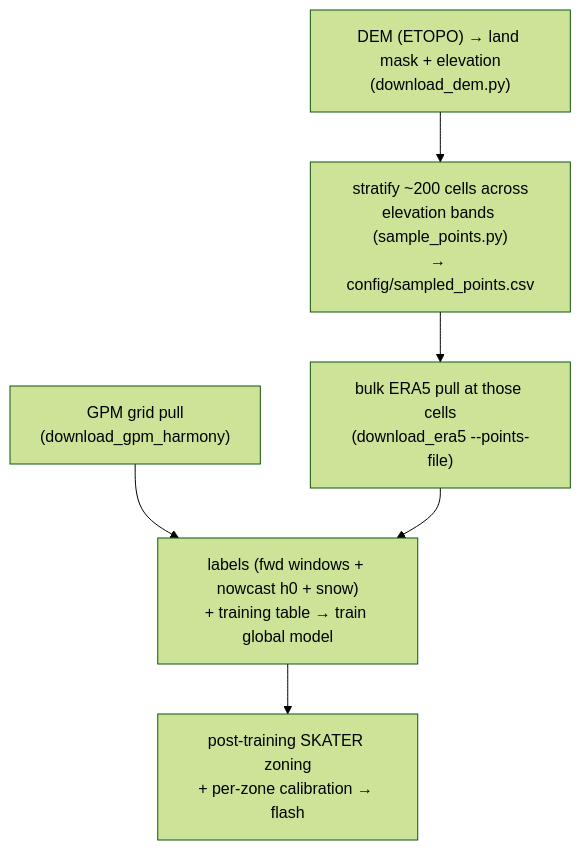
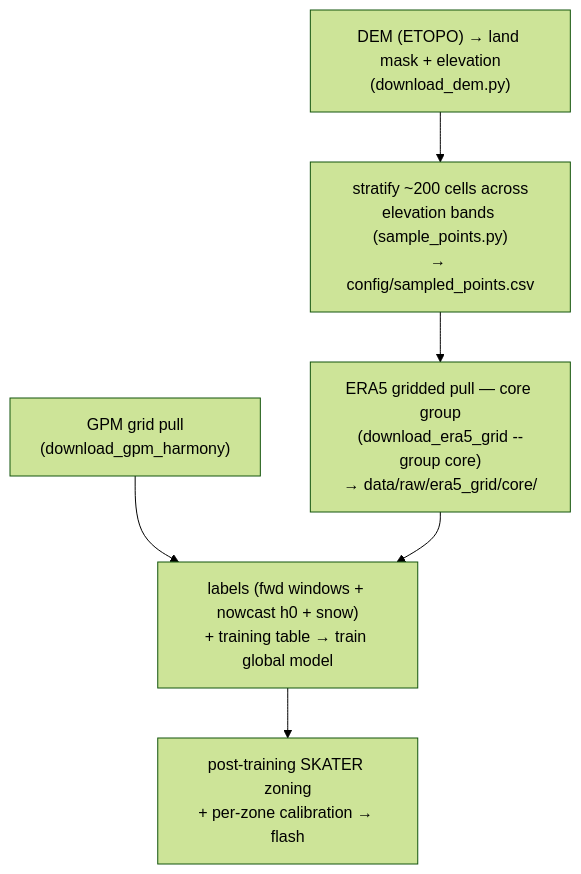
Before and after one commit to QuickWaller/hiking-weather-pod: the second of 2 diagrams in pod-ml/docs/01-pipeline.md, drawn with Mermaid (forest theme). The commit also changed other lines of this file and 17 other files, not shown here.

First line of the commit message:
pod-ml: ERA5 group-based download structure + more_labels_1 (snowfall/runoff)

````diff
--- a/pod-ml/docs/01-pipeline.md
+++ b/pod-ml/docs/01-pipeline.md
@@ -36,8 +36,8 @@
 ```mermaid
 flowchart TD
     P2a["DEM (ETOPO) → land mask + elevation<br/>(download_dem.py)"] --> P2b["stratify ~200 cells across<br/>elevation bands (sample_points.py)<br/>→ config/sampled_points.csv"]
-    P2b --> P2c["bulk ERA5 pull at those cells<br/>(download_era5 --points-file)"]
+    P2b --> P2c["ERA5 gridded pull — core group<br/>(download_era5_grid --group core)<br/>→ data/raw/era5_grid/core/"]
     GPM["GPM grid pull<br/>(download_gpm_harmony)"] --> P2d
     P2c --> P2d["labels (fwd windows + nowcast h0 + snow)<br/>+ training table → train global model"]
     P2d --> P2e["post-training SKATER zoning<br/>+ per-zone calibration → flash"]
 ```
````
